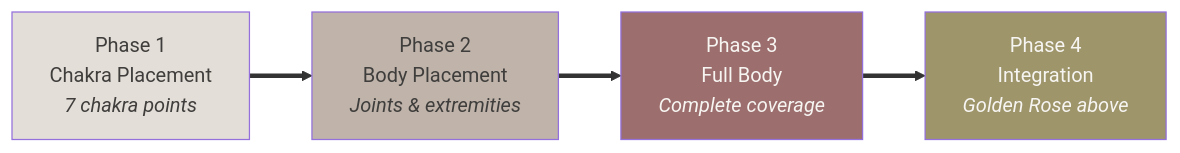
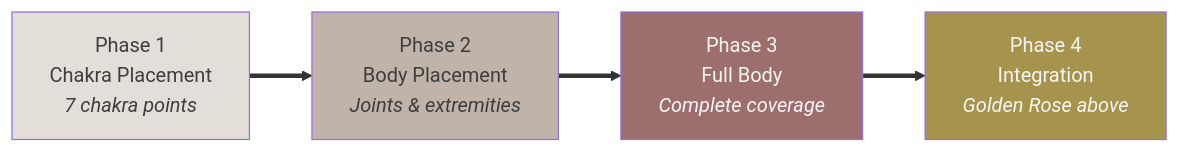
One commit to Light-Brands/roses-os changed diagram 16 of 28 in docs/brand-dna.md. Above: the diagram before and after it, drawn with Mermaid. The commit also changed other lines of this file and 1 other file, not shown here.

````diff
--- a/docs/brand-dna.md
+++ b/docs/brand-dna.md
@@ -926,14 +926,14 @@
 ```mermaid
 graph LR
     P1["Phase 1<br/>Chakra Placement<br/><i>7 chakra points</i>"]
     P2["Phase 2<br/>Body Placement<br/><i>Joints & extremities</i>"]
     P3["Phase 3<br/>Full Body<br/><i>Complete coverage</i>"]
     P4["Phase 4<br/>Integration<br/><i>Golden Rose above</i>"]
 
     P1 ==> P2 ==> P3 ==> P4
 
     style P1 fill:#E4DED8,color:#3F3E3C
     style P2 fill:#BFB3AA,color:#3F3E3C
     style P3 fill:#9C6F6E,color:#F7F5F2
-    style P4 fill:#9E956B,color:#F7F5F2
+    style P4 fill:#A6944E,color:#F7F5F2
 ```
````
